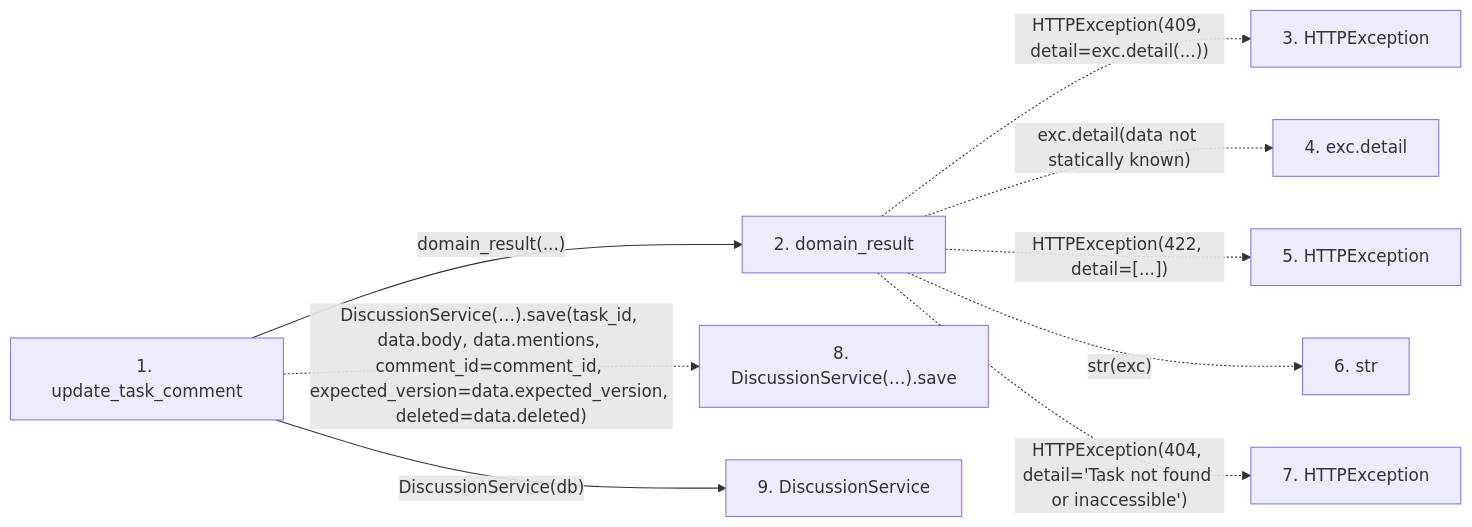
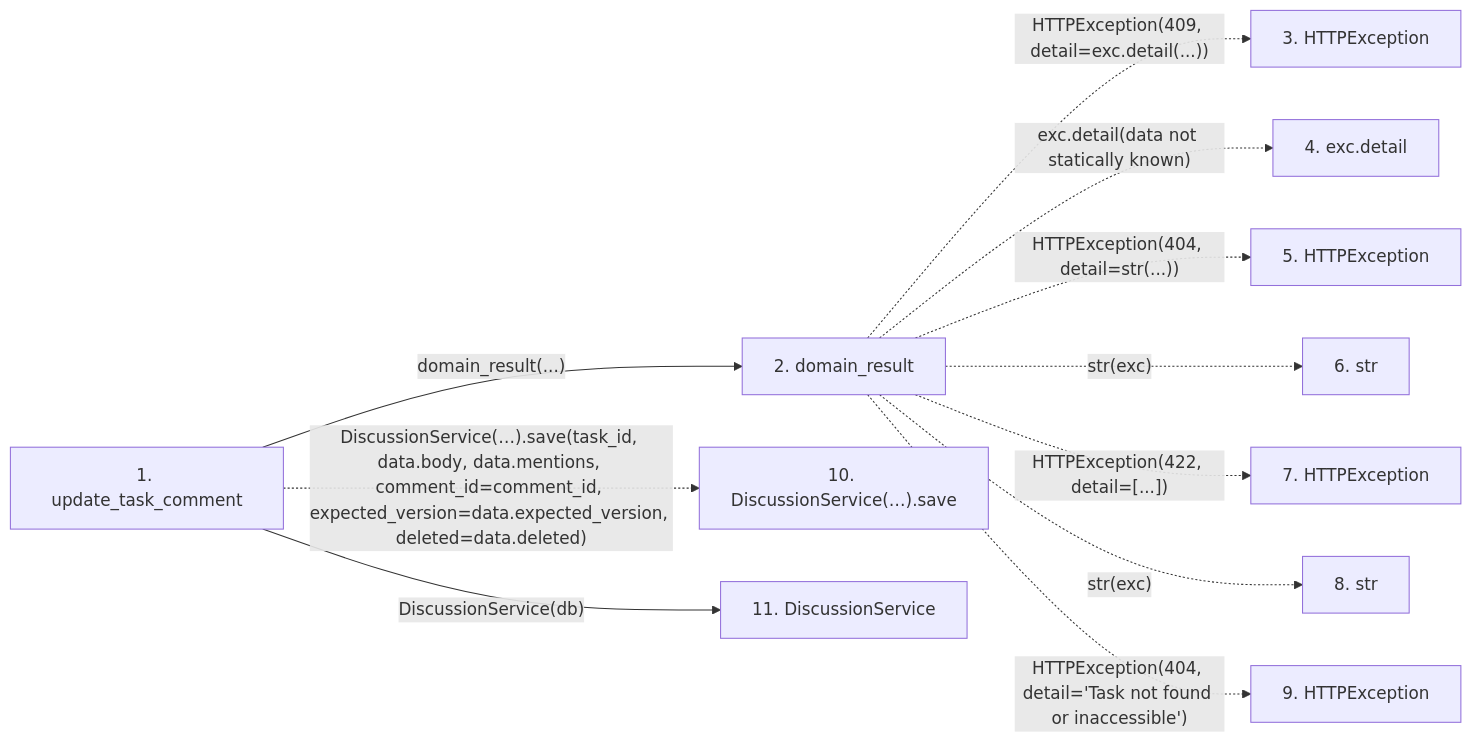
The second of 2 diagrams in docs/llm_wiki/flows/http-update_task_comment.md (Denissvgn/WorkChord), drawn with Mermaid before and after one commit. The commit also changed other lines of this file and 6624 other files, not shown here.

````diff
--- a/docs/llm_wiki/flows/http-update_task_comment.md
+++ b/docs/llm_wiki/flows/http-update_task_comment.md
@@ -32,23 +34,27 @@
 ```mermaid
 flowchart LR
     s1["1. update_task_comment"]
     s2["2. domain_result"]
     s3["3. HTTPException"]
     s4["4. exc.detail"]
     s5["5. HTTPException"]
     s6["6. str"]
     s7["7. HTTPException"]
-    s8["8. DiscussionService(…).save"]
-    s9["9. DiscussionService"]
+    s8["8. str"]
+    s9["9. HTTPException"]
+    s10["10. DiscussionService(…).save"]
+    s11["11. DiscussionService"]
     s1 -->|"domain_result(...)"| s2
     s2 -. "HTTPException(409, detail=exc.detail(...))" .-> s3
     s2 -. "exc.detail(data not statically known)" .-> s4
-    s2 -. "HTTPException(422, detail=[...])" .-> s5
+    s2 -. "HTTPException(404, detail=str(...))" .-> s5
     s2 -. "str(exc)" .-> s6
-    s2 -. "HTTPException(404, detail='Task not found or inaccessible')" .-> s7
-    s1 -. "DiscussionService(…).save(task_id, data.body, data.mentions, comment_id=comment_id, expected_version=data.expected_version, deleted=data.deleted)" .-> s8
-    s1 -->|"DiscussionService(db)"| s9
+    s2 -. "HTTPException(422, detail=[...])" .-> s7
+    s2 -. "str(exc)" .-> s8
+    s2 -. "HTTPException(404, detail='Task not found or inaccessible')" .-> s9
+    s1 -. "DiscussionService(…).save(task_id, data.body, data.mentions, comment_id=comment_id, expected_version=data.expected_version, deleted=data.deleted)" .-> s10
+    s1 -->|"DiscussionService(db)"| s11
     click s1 "../modules/routers_discussion.md"
     click s2 "../modules/routers_task_domain.md"
-    click s9 "../modules/discussion_service.md"
+    click s11 "../modules/discussion_service.md"
 ```
````
